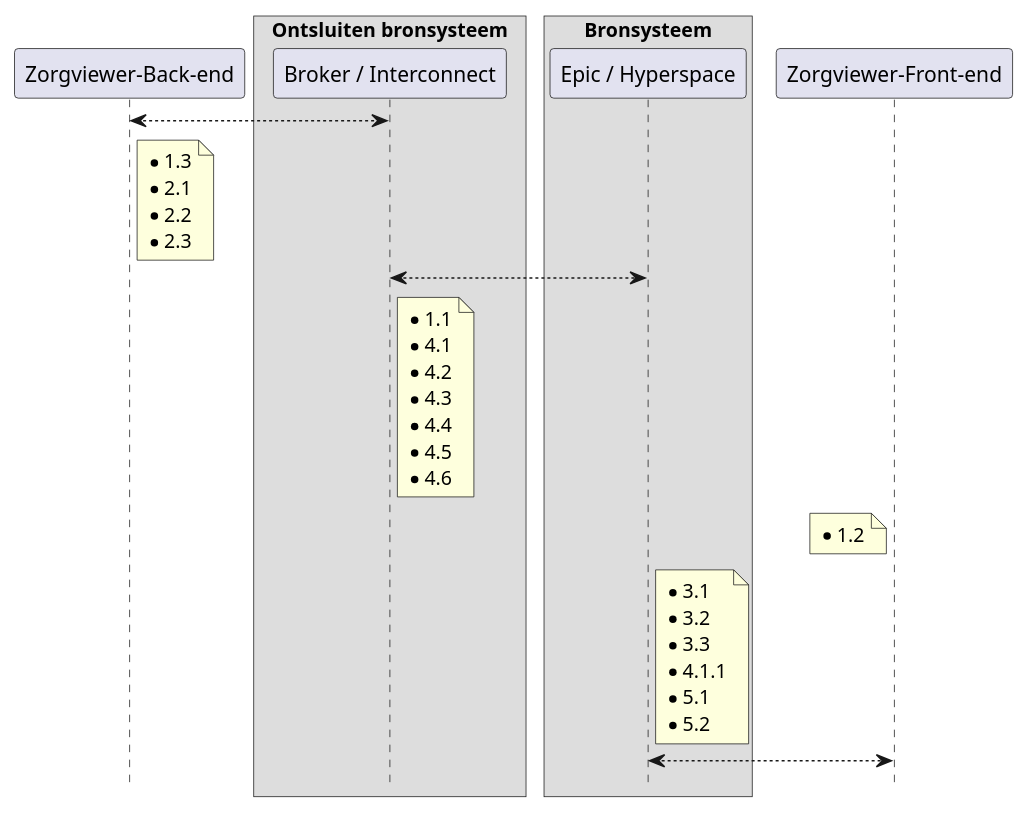
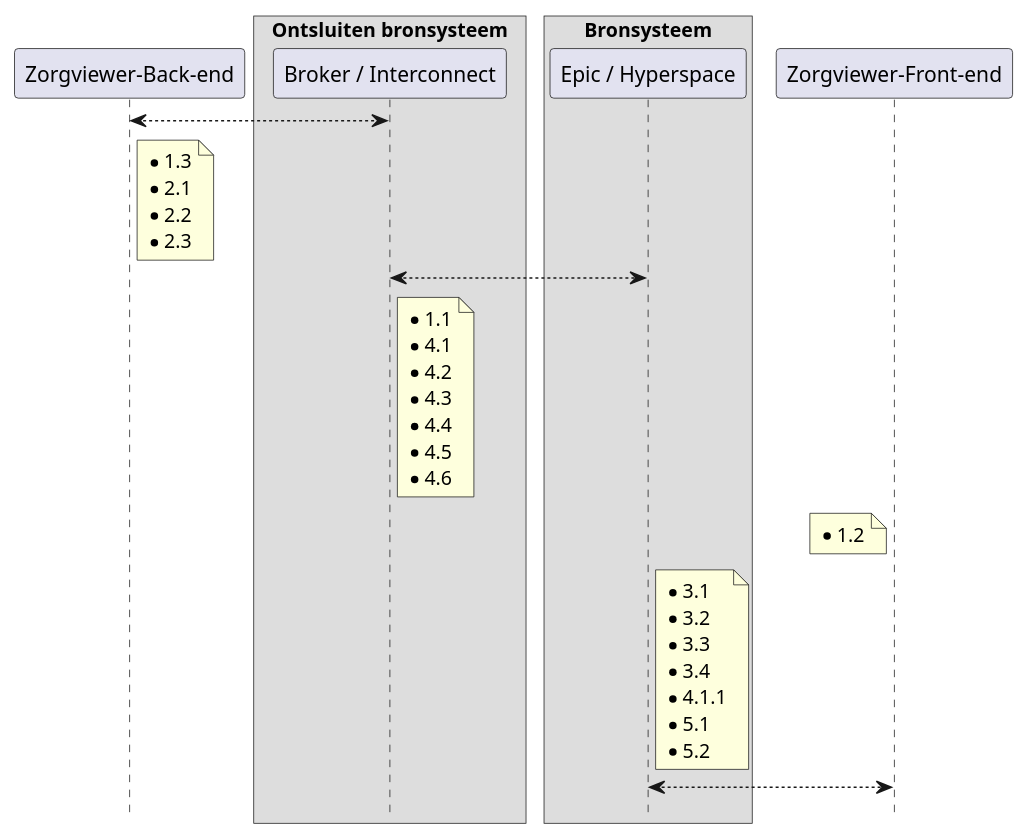
Before and after one commit to RIVO-Noord/zorgviewer-ig: the diagram in input/images-source/Checklist-Epic.plantuml, drawn with PlantUML. The commit also changed 3 other files, not shown here.

```diff
--- a/input/images-source/Checklist-Epic.plantuml
+++ b/input/images-source/Checklist-Epic.plantuml
@@ -1,44 +1,45 @@
 @startuml
 !pragma teoz true
 hide footbox
 
 participant "Zorgviewer-Back-end" as zvbe
 box "Ontsluiten bronsysteem"
   participant "Broker / Interconnect" as broker
 end box
 box "Bronsysteem"
   participant "Epic / Hyperspace" as epic
 end box
 participant "Zorgviewer-Front-end" as zvfe
 
 zvbe <--> broker
 note right zvbe
 * 1.3
 * 2.1
 * 2.2
 * 2.3
 end note
 broker <--> epic
 note right broker
 * 1.1
 * 4.1
 * 4.2
 * 4.3
 * 4.4
 * 4.5
 * 4.6
 end note
 note left zvfe
 * 1.2
 end note
 note right epic
 * 3.1
 * 3.2
 * 3.3
+* 3.4
 * 4.1.1
 * 5.1
 * 5.2
 end note
 epic <--> zvfe
 
 @enduml
```
